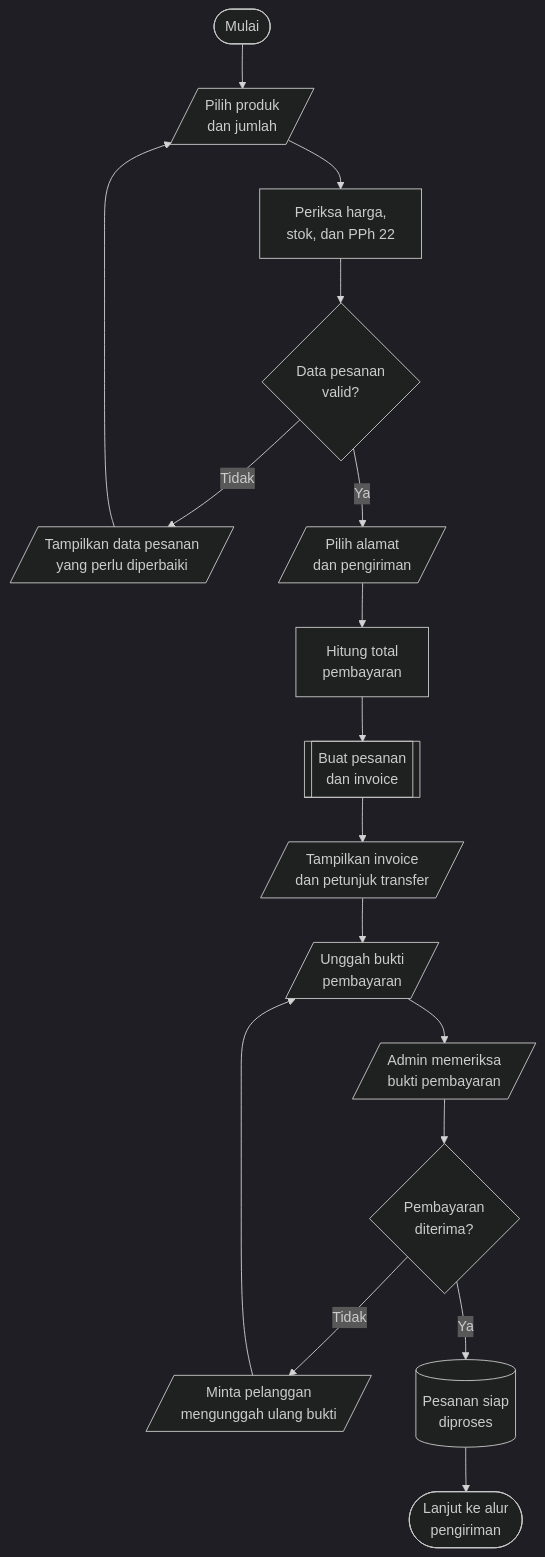
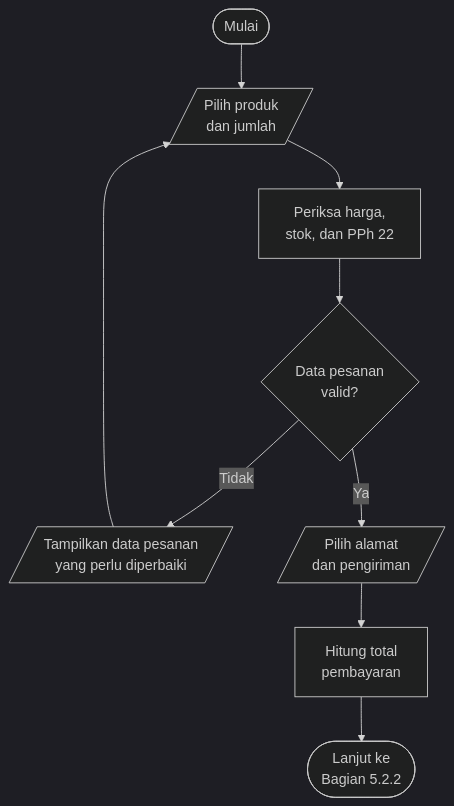
The second of 9 diagrams in docs/client/DOKUMEN_REVIEW_DAN_PERSETUJUAN_KLIEN.md (Webekspres/pixel-komunika), drawn with Mermaid (dark theme) before and after one commit. The commit also changed other lines of this file, not shown here.

Commit message:
docs: split checkout and payment diagram

````diff
--- a/docs/client/DOKUMEN_REVIEW_DAN_PERSETUJUAN_KLIEN.md
+++ b/docs/client/DOKUMEN_REVIEW_DAN_PERSETUJUAN_KLIEN.md
@@ -216,19 +218,11 @@
 ```mermaid
 flowchart TD
     A(["Mulai"]) --> B[/"Pilih produk<br/>dan jumlah"/]
     B --> C["Periksa harga,<br/>stok, dan PPh 22"]
     C --> D{"Data pesanan<br/>valid?"}
     D -->|Tidak| E[/"Tampilkan data pesanan<br/>yang perlu diperbaiki"/]
     E --> B
     D -->|Ya| F[/"Pilih alamat<br/>dan pengiriman"/]
     F --> G["Hitung total<br/>pembayaran"]
-    G --> H[["Buat pesanan<br/>dan invoice"]]
-    H --> I[/"Tampilkan invoice<br/>dan petunjuk transfer"/]
-    I --> J[/"Unggah bukti<br/>pembayaran"/]
-    J --> K[/"Admin memeriksa<br/>bukti pembayaran"/]
-    K --> L{"Pembayaran<br/>diterima?"}
-    L -->|Tidak| M[/"Minta pelanggan<br/>mengunggah ulang bukti"/]
-    M --> J
-    L -->|Ya| N[("Pesanan siap<br/>diproses")]
-    N --> O(["Lanjut ke alur<br/>pengiriman"])
+    G --> H(["Lanjut ke<br/>Bagian 5.2.2"])
 ```
````
